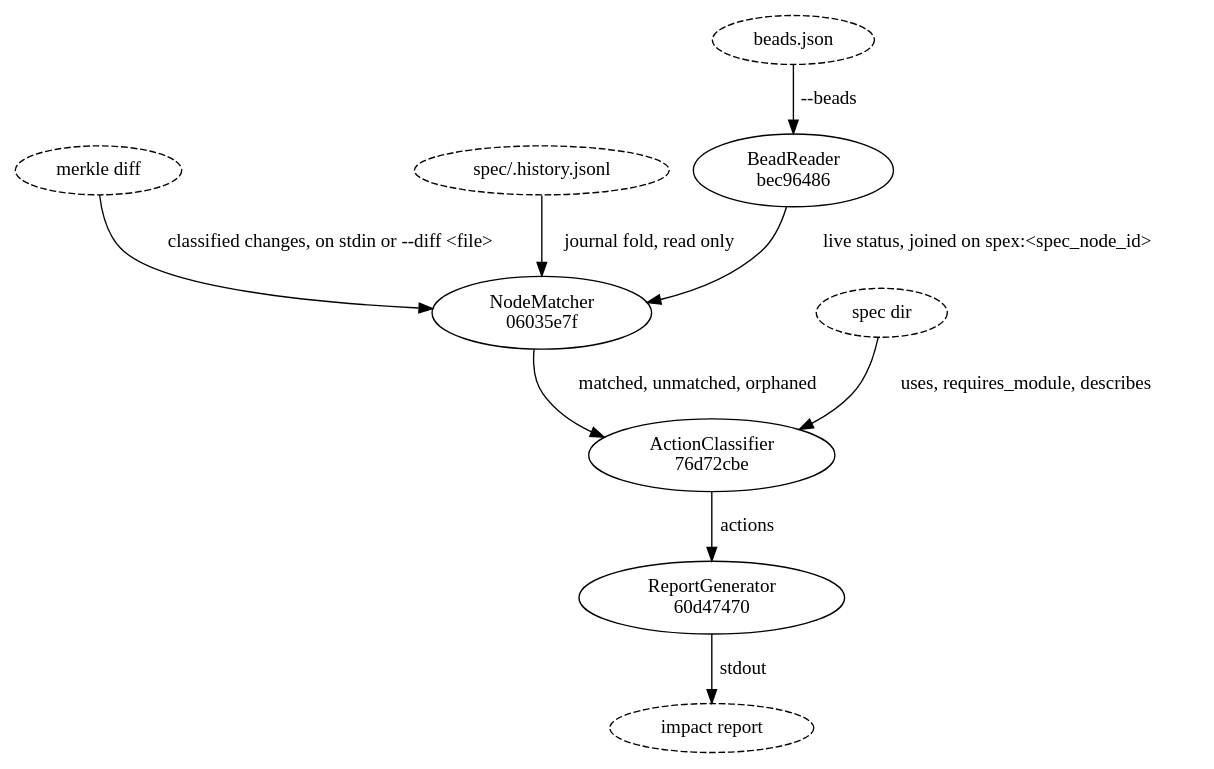
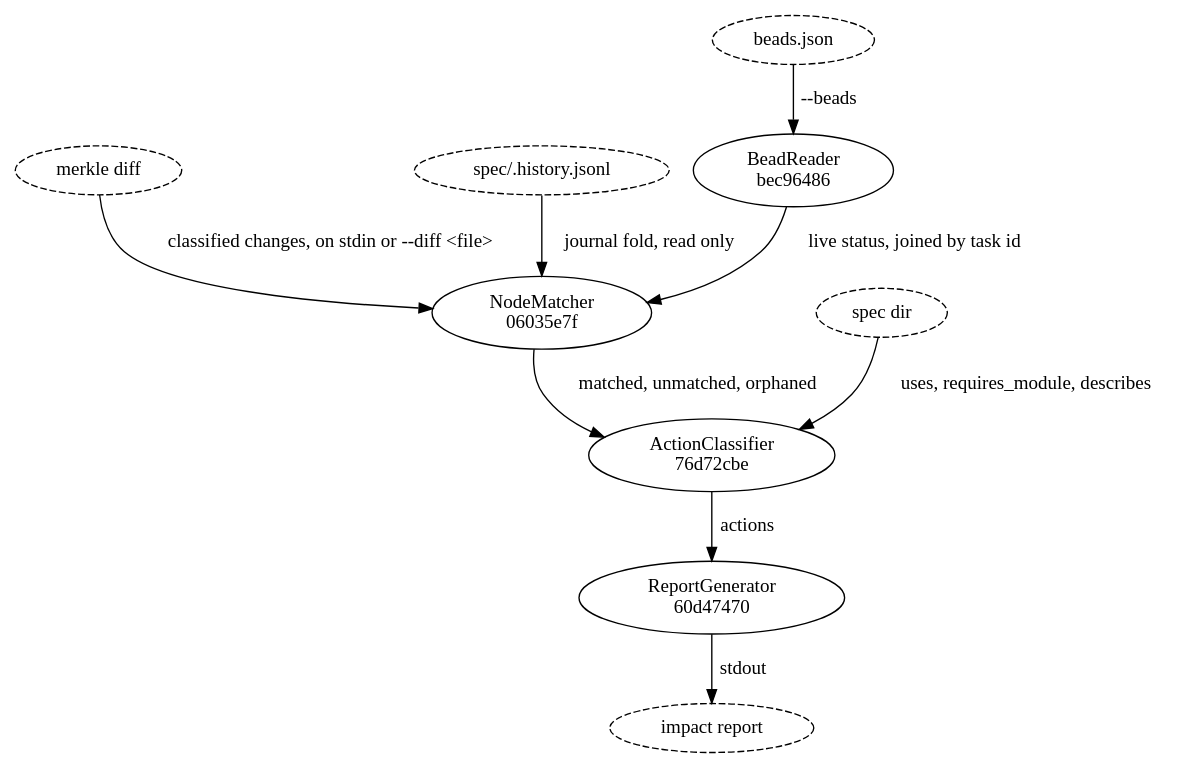
One commit to dmitriyb/spexmachina changed the first of 2 diagrams in spec/impact/flow_impact_analysis.md. Above: the diagram before and after it, drawn with Graphviz. The commit also changed other lines of this file and 45 other files, not shown here.

````diff
--- a/spec/impact/flow_impact_analysis.md
+++ b/spec/impact/flow_impact_analysis.md
@@ -5,22 +5,22 @@
 ```dot
 digraph impact_analysis {
     "merkle diff"    [style=dashed];
     "beads.json"     [style=dashed];
     "spec/.history.jsonl" [style=dashed];
     "spec dir"       [style=dashed];
     "bec96486c6b2"   [label="BeadReader\nbec96486"];
     "06035e7f0c39"   [label="NodeMatcher\n06035e7f"];
     "76d72cbe00f3"   [label="ActionClassifier\n76d72cbe"];
     "60d4747021ec"   [label="ReportGenerator\n60d47470"];
     "impact report"  [style=dashed];
 
     "beads.json"     -> "bec96486c6b2"  [label="--beads"];
     "merkle diff"    -> "06035e7f0c39"  [label="classified changes, on stdin or --diff <file>"];
     "spec/.history.jsonl" -> "06035e7f0c39"  [label="journal fold, read only"];
-    "bec96486c6b2"   -> "06035e7f0c39"  [label="live status, joined on spex:<spec_node_id>"];
+    "bec96486c6b2"   -> "06035e7f0c39"  [label="live status, joined by task id"];
     "06035e7f0c39"   -> "76d72cbe00f3"  [label="matched, unmatched, orphaned"];
     "spec dir"       -> "76d72cbe00f3"  [label="uses, requires_module, describes"];
     "76d72cbe00f3"   -> "60d4747021ec"  [label="actions"];
     "60d4747021ec"   -> "impact report" [label="stdout"];
 }
 ```
````
